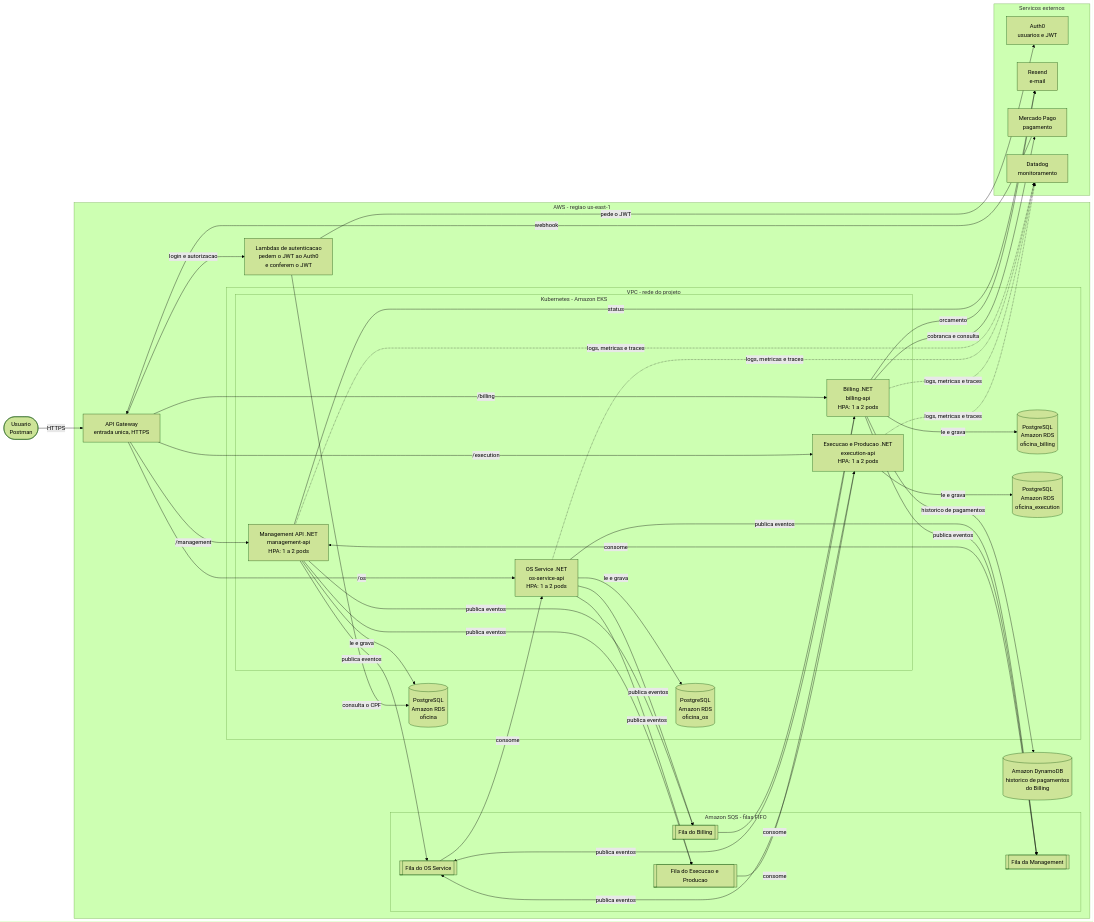
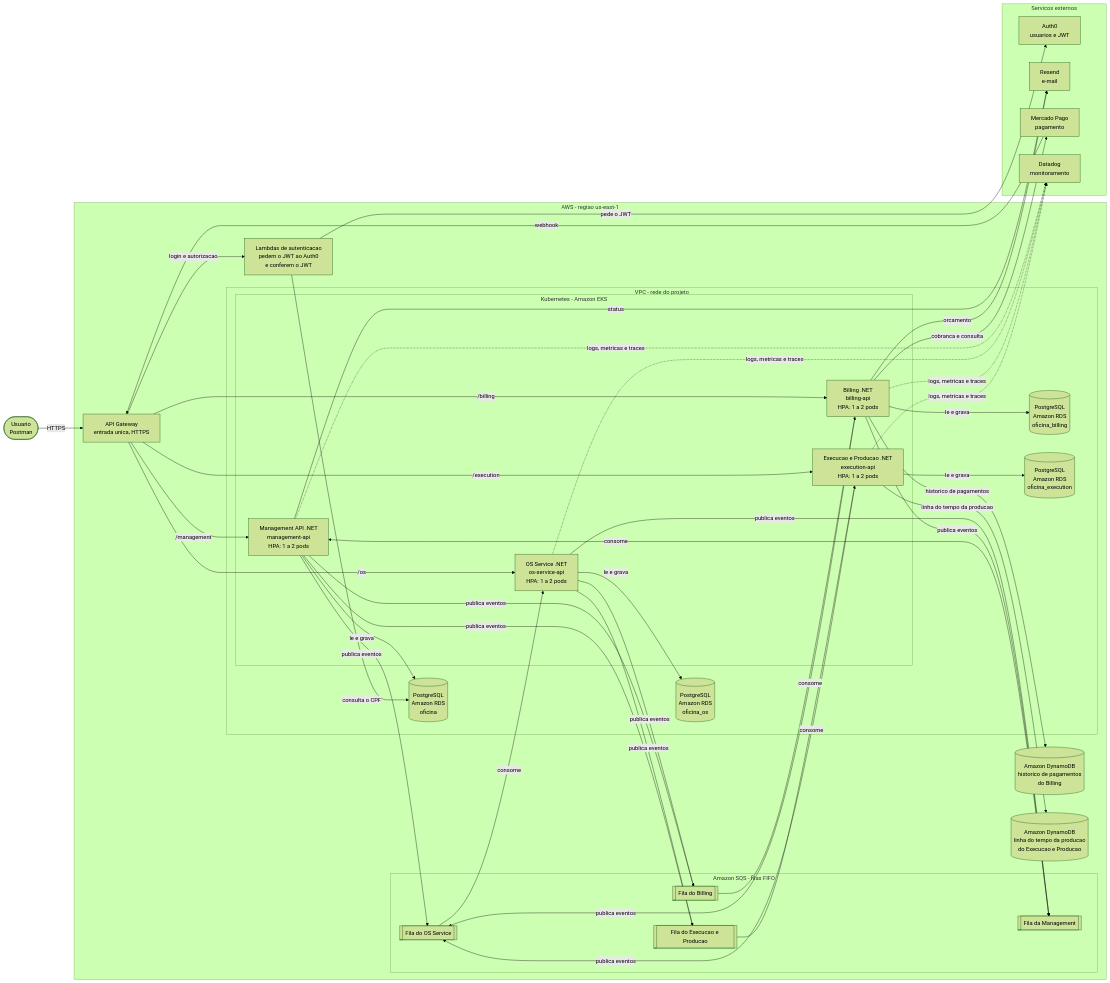
One commit to GuiToniello/tech-challenge-fase-4-MANAGEMENT-soat16-rm374658 changed the first of 6 diagrams in docs/arquitetura.md. Above: the diagram before and after it, drawn with Mermaid (forest theme). The commit also changed other lines of this file and 7 other files, not shown here.

````diff
--- a/docs/arquitetura.md
+++ b/docs/arquitetura.md
@@ -55,73 +55,75 @@
 ```mermaid
 flowchart LR
   Usuario([Usuario<br/>Postman])
 
   subgraph AWS[AWS - regiao us-east-1]
     GW[API Gateway<br/>entrada unica, HTTPS]
     Lambdas[Lambdas de autenticacao<br/>pedem o JWT ao Auth0<br/>e conferem o JWT]
 
     subgraph SQS[Amazon SQS - filas FIFO]
       FilaM[[Fila da Management]]
       FilaOS[[Fila do OS Service]]
       FilaB[[Fila do Billing]]
       FilaE[[Fila do Execucao e Producao]]
     end
 
     DDBB[(Amazon DynamoDB<br/>historico de pagamentos<br/>do Billing)]
+    DDBE[(Amazon DynamoDB<br/>linha do tempo da producao<br/>do Execucao e Producao)]
 
     subgraph VPC[VPC - rede do projeto]
       subgraph EKS[Kubernetes - Amazon EKS]
         API[Management API .NET<br/>management-api<br/>HPA: 1 a 2 pods]
         OS[OS Service .NET<br/>os-service-api<br/>HPA: 1 a 2 pods]
         BIL[Billing .NET<br/>billing-api<br/>HPA: 1 a 2 pods]
         EXE[Execucao e Producao .NET<br/>execution-api<br/>HPA: 1 a 2 pods]
       end
       DB[(PostgreSQL<br/>Amazon RDS<br/>oficina)]
       DBOS[(PostgreSQL<br/>Amazon RDS<br/>oficina_os)]
       DBB[(PostgreSQL<br/>Amazon RDS<br/>oficina_billing)]
       DBE[(PostgreSQL<br/>Amazon RDS<br/>oficina_execution)]
     end
   end
 
   subgraph Externos[Servicos externos]
     Auth0[Auth0<br/>usuarios e JWT]
     Resend[Resend<br/>e-mail]
     MP[Mercado Pago<br/>pagamento]
     Datadog[Datadog<br/>monitoramento]
   end
 
   Usuario -->|HTTPS| GW
   GW -->|login e autorizacao| Lambdas
   GW -->|/management| API
   GW -->|/os| OS
   GW -->|/billing| BIL
   GW -->|/execution| EXE
   Lambdas -->|consulta o CPF| DB
   Lambdas -->|pede o JWT| Auth0
   API -->|le e grava| DB
   OS -->|le e grava| DBOS
   BIL -->|le e grava| DBB
   BIL -->|historico de pagamentos| DDBB
   EXE -->|le e grava| DBE
+  EXE -->|linha do tempo da producao| DDBE
   OS -->|publica eventos| FilaM
   OS -->|publica eventos| FilaB
   OS -->|publica eventos| FilaE
   API -->|publica eventos| FilaOS
   API -->|publica eventos| FilaB
   API -->|publica eventos| FilaE
   BIL -->|publica eventos| FilaOS
   BIL -->|publica eventos| FilaM
   EXE -->|publica eventos| FilaOS
   FilaM -->|consome| API
   FilaOS -->|consome| OS
   FilaB -->|consome| BIL
   FilaE -->|consome| EXE
   API -->|status| Resend
   BIL -->|orcamento| Resend
   BIL -->|cobranca e consulta| MP
   MP -->|webhook| GW
   API -.->|logs, metricas e traces| Datadog
   OS -.->|logs, metricas e traces| Datadog
   BIL -.->|logs, metricas e traces| Datadog
   EXE -.->|logs, metricas e traces| Datadog
 ```
````
